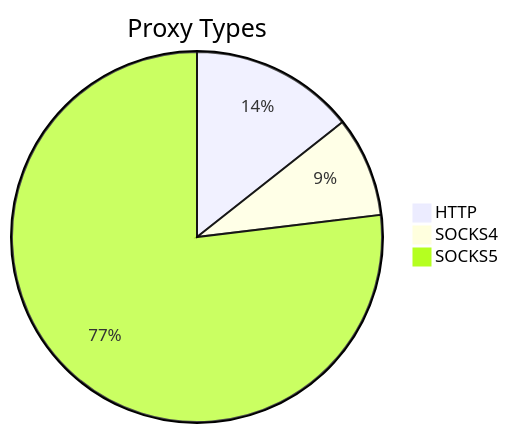
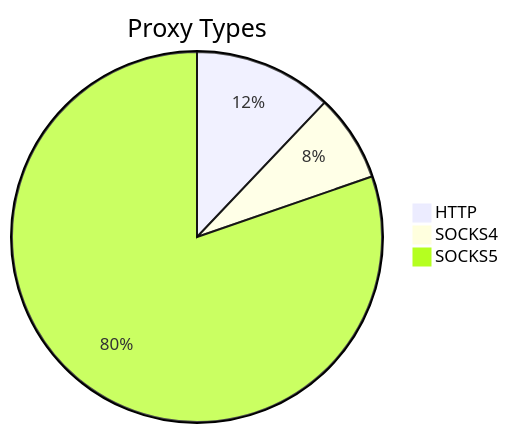
Before and after one commit to stormsia/proxy-list: the first of 2 diagrams in README.md, drawn with Mermaid. The commit also changed other lines of this file, not shown here.

````diff
--- a/README.md
+++ b/README.md
@@ -21,6 +21,6 @@
 ```mermaid
 pie title Proxy Types
-    "HTTP" : 143
+    "HTTP" : 138
     "SOCKS4" : 87
-    "SOCKS5" : 766
+    "SOCKS5" : 917
 ```
````
